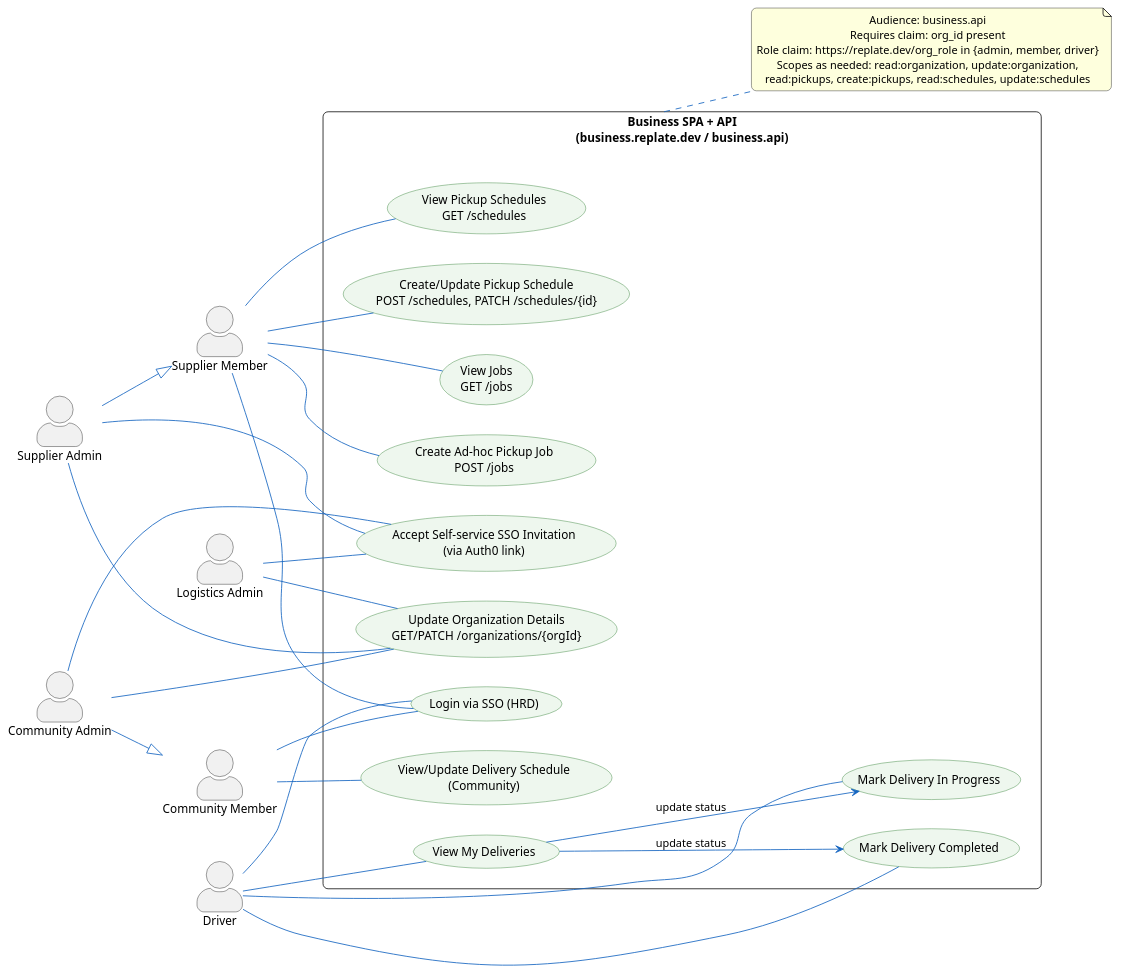
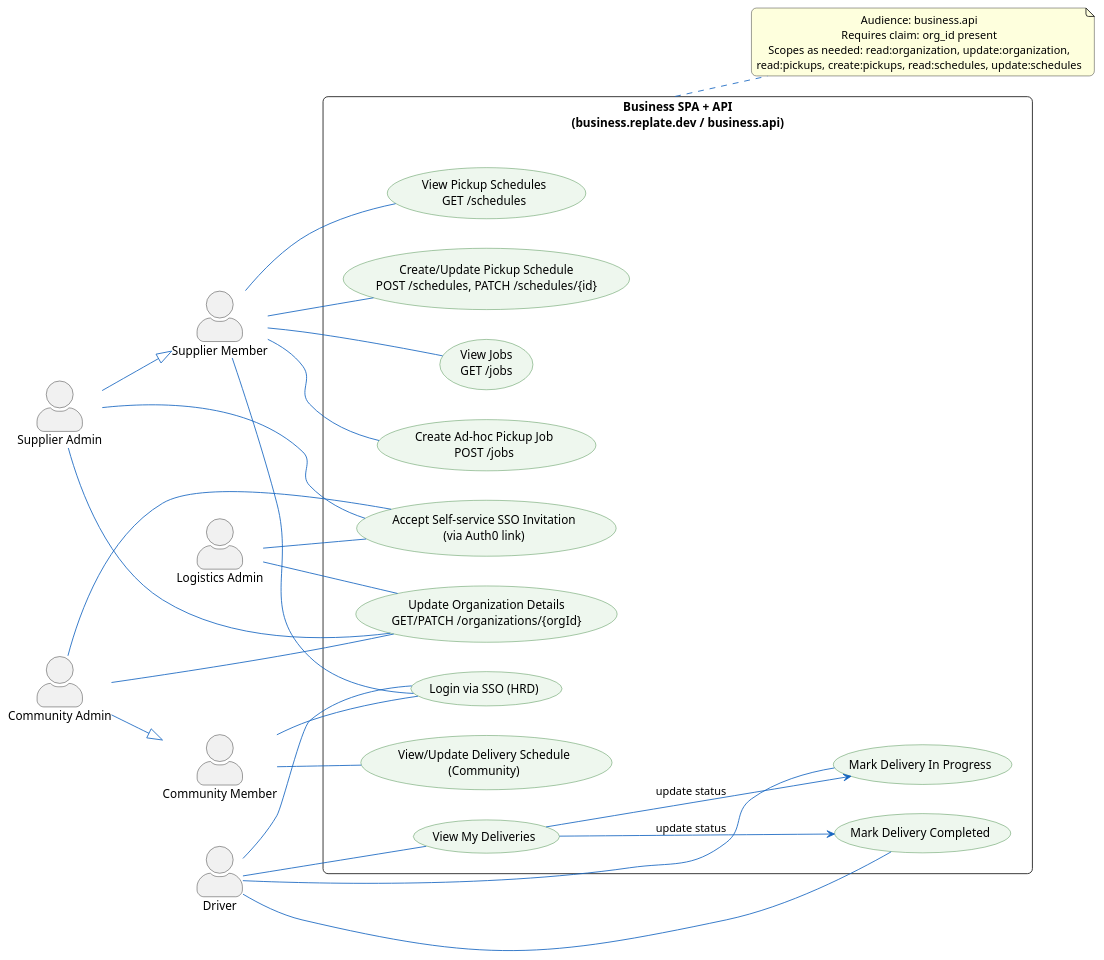
Before and after one commit to abbaspour/replate: the diagram in diagrams/business-use-cases.puml, drawn with PlantUML. The commit also changed 23 other files, not shown here.

```diff
--- a/diagrams/business-use-cases.puml
+++ b/diagrams/business-use-cases.puml
@@ -1,88 +1,87 @@
 @startuml
 left to right direction
 skinparam usecase {
   BackgroundColor #EEF7EE
   BorderColor #2E7D32
   ArrowColor #1565C0
 }
 skinparam actorStyle awesome
 skinparam shadowing false
 skinparam roundcorner 12
 skinparam DefaultTextAlignment center
 
 ' Actors in Business domain
 actor "Supplier Admin" as SupplierAdmin
 actor "Supplier Member" as SupplierMember
 actor "Logistics Admin" as LogisticsAdmin
 actor Driver
 actor "Community Admin" as CommunityAdmin
 actor "Community Member" as CommunityMember
 
 CommunityAdmin --|> CommunityMember
 SupplierAdmin --|> SupplierMember
 
 rectangle "Business SPA + API\n(business.replate.dev / business.api)" as System {
   usecase "Login via SSO (HRD)" as UCLogin
 
   usecase "View Jobs\nGET /jobs" as UCViewJobs
   usecase "Create Ad-hoc Pickup Job\nPOST /jobs" as UCCreateJob
 
   usecase "View Pickup Schedules\nGET /schedules" as UCViewSchedules
   usecase "Create/Update Pickup Schedule\nPOST /schedules, PATCH /schedules/{id}" as UCManageSchedules
 
   usecase "View/Update Delivery Schedule\n(Community)" as UCManageDeliverySchedules
 
   usecase "Update Organization Details\nGET/PATCH /organizations/{orgId}" as UCUpdateOrg
 
   usecase "View My Deliveries" as UCDriverView
   usecase "Mark Delivery In Progress" as UCInProgress
   usecase "Mark Delivery Completed" as UCCompleted
 
   usecase "Accept Self-service SSO Invitation\n(via Auth0 link)" as UCAcceptSSO
 '  usecase "Update Logistics Company Details" as UCUpdateLogistics
 }
 
 ' Auth and access rules (claims/scopes)
 note right of System
   Audience: business.api
   Requires claim: org_id present
-  Role claim: https://replate.dev/org_role in {admin, member, driver}
   Scopes as needed: read:organization, update:organization,
   read:pickups, create:pickups, read:schedules, update:schedules
 end note
 
 ' Login applies to all personas
 SupplierMember -- UCLogin
 Driver -- UCLogin
 CommunityMember -- UCLogin
 
 ' Jobs
 SupplierMember -- UCViewJobs
 Driver -- UCDriverView
 
 SupplierMember -- UCCreateJob
 
 ' Schedules (Pickup schedules for Suppliers)
 SupplierMember -- UCViewSchedules
 SupplierMember -- UCManageSchedules
 
 ' Delivery schedules for Communities
 CommunityMember -- UCManageDeliverySchedules
 
 ' Organization details
 SupplierAdmin -- UCUpdateOrg
 LogisticsAdmin -- UCUpdateOrg
 CommunityAdmin -- UCUpdateOrg
 
 ' Driver workflow
 UCDriverView --> UCInProgress : update status
 UCDriverView --> UCCompleted : update status
 Driver -- UCInProgress
 Driver -- UCCompleted
 
 ' Self-service SSO invitation acceptance
 SupplierAdmin -- UCAcceptSSO
 LogisticsAdmin -- UCAcceptSSO
 CommunityAdmin -- UCAcceptSSO
 
 @enduml
```
